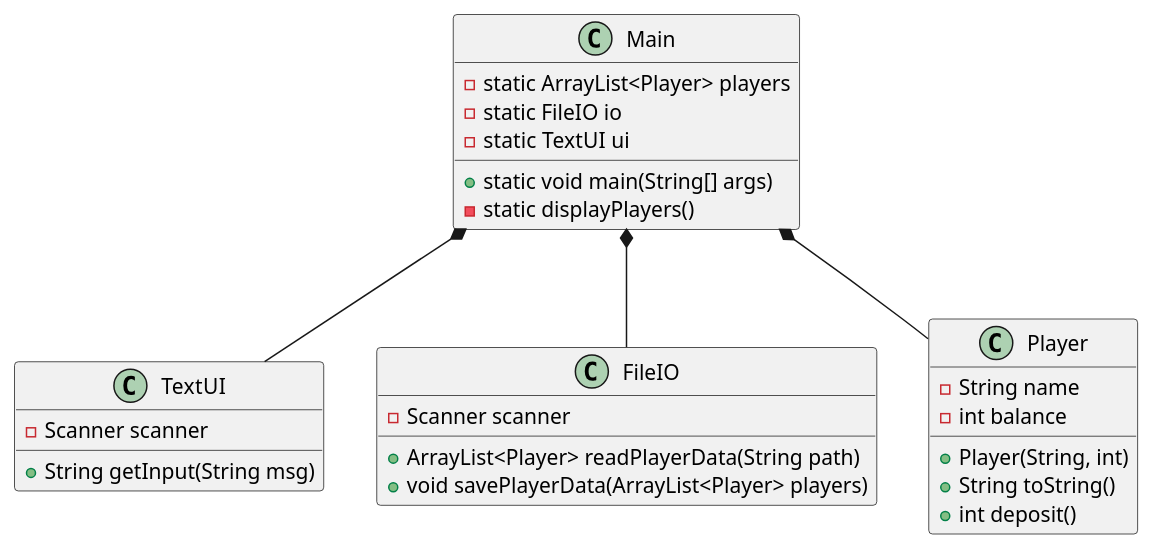
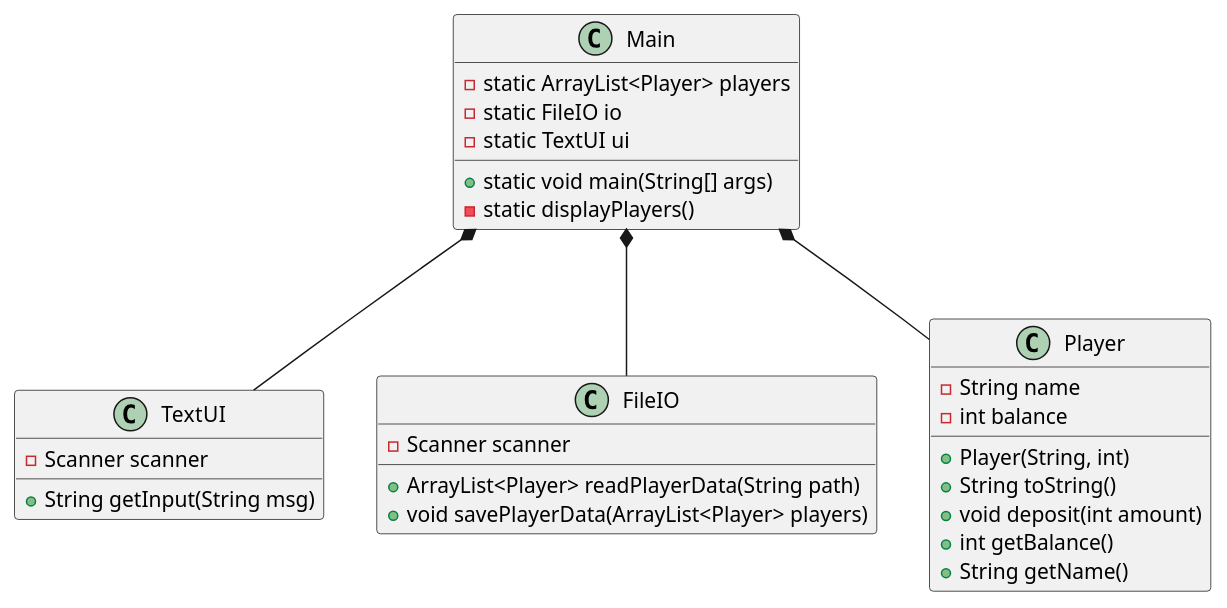
One commit to tessG/Monopoly24 changed the diagram in doc/classdiagram_2.puml. Above: the diagram before and after it, drawn with PlantUML. The commit also changed 3 other files, not shown here.

```diff
--- a/doc/classdiagram_2.puml
+++ b/doc/classdiagram_2.puml
@@ -2,40 +2,42 @@
 @startuml
 'Utility klasse: TextUI.
 'Håndtering af manglende data.
 'Genbrug af bruger dialog
 
 
 
 Main *-- TextUI
 Main *-- FileIO
 Main *-- Player
 
 
 
 
 class Main{
 - static ArrayList<Player> players
 - static FileIO io
 - static TextUI ui
 + static void main(String[] args)
 - static displayPlayers()
 }
 
 Player  : - String name
 Player  : - int balance
 Player  : + Player(String, int)
 Player  : + String toString()
-Player  : + int deposit()
+Player  : + void deposit(int amount)
+Player  : + int getBalance()
+Player : + String getName()
 
 
 
 'todo - TextUI: copy  from drinksmenu (https://github.com/Dat1Cphbusiness/DrinksMenu/blob/main/TextUI.java)
 TextUI : + String getInput(String msg)
 TextUI : - Scanner scanner
 
 
 FileIO : - Scanner scanner
 FileIO : + ArrayList<Player> readPlayerData(String path)
 FileIO : + void savePlayerData(ArrayList<Player> players)
 
 @enduml
```
